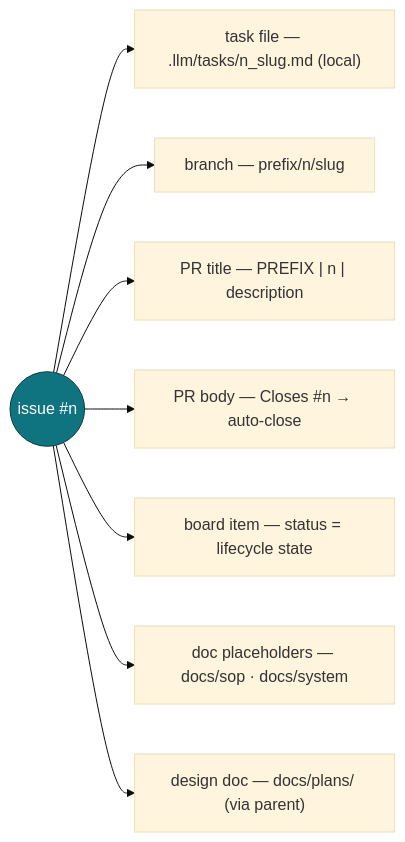
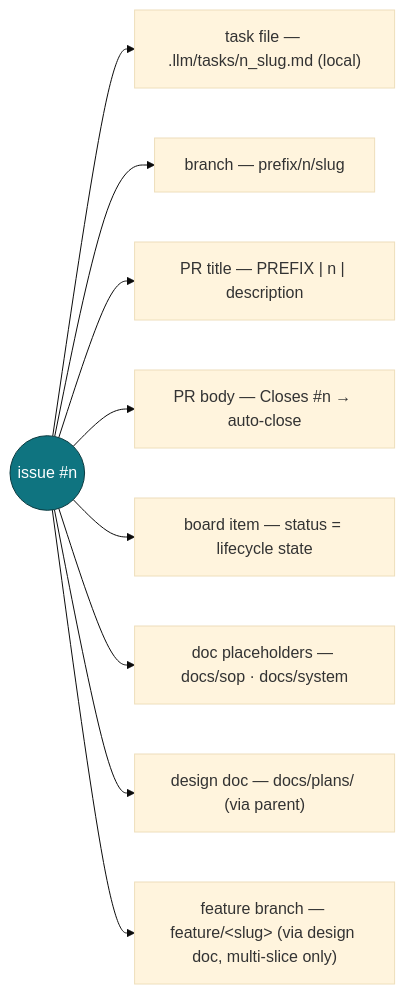
One commit to PositiveControl/markevans changed the fourth of 4 diagrams in WORKFLOW.md. Above: the diagram before and after it, drawn with Mermaid (base theme). The commit also changed other lines of this file and 123 other files, not shown here.

````diff
--- a/WORKFLOW.md
+++ b/WORKFLOW.md
@@ -169,21 +176,23 @@
 ```mermaid
 flowchart LR
   ID(("issue #35;n"))
   TF["task file — .llm/tasks/n_slug.md (local)"]
   BR["branch — prefix/n/slug"]
   PR["PR title — PREFIX | n | description"]
   CL["PR body — Closes #35;n → auto-close"]
   BD["board item — status = lifecycle state"]
   DOC["doc placeholders — docs/sop · docs/system"]
   DD["design doc — docs/plans/ (via parent)"]
+  FB["feature branch — feature/&lt;slug&gt; (via design doc, multi-slice only)"]
 
   ID --> TF
   ID --> BR
   ID --> PR
   ID --> CL
   ID --> BD
   ID --> DOC
   ID --> DD
+  ID --> FB
 
   style ID fill:#0F7480,stroke:#0B3A40,color:#FFFFFF
 ```
````
